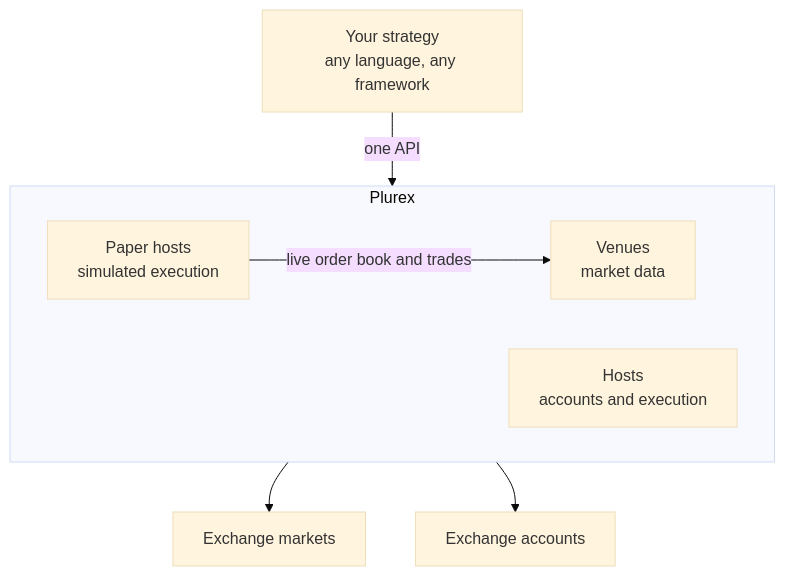
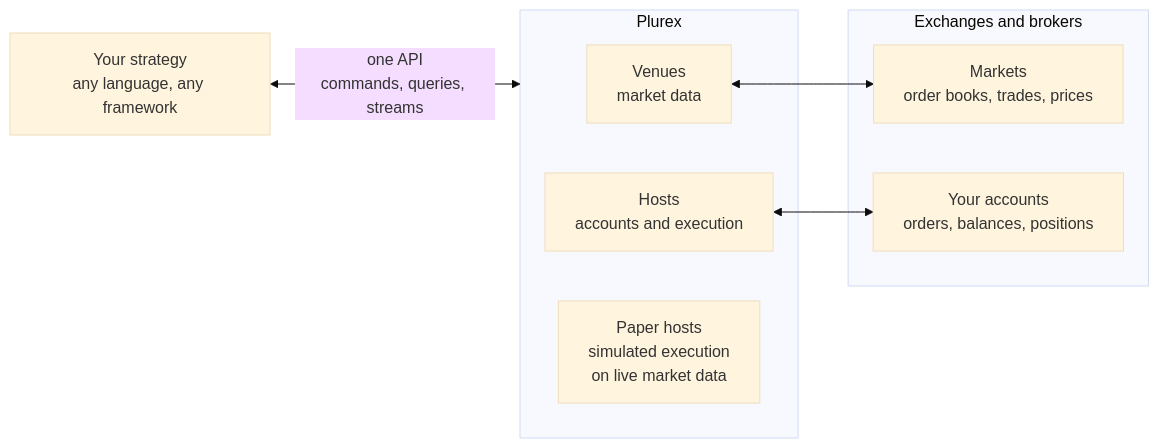
One commit to Plurex/docs changed the diagram in how-plurex-works.mdx. Above: the diagram before and after it, drawn with Mermaid (base theme). The commit also changed other lines of this file and 11 other files, not shown here.

First line of the commit message:
Sharpen the welcome message and explain commands, queries and streams

````diff
--- a/how-plurex-works.mdx
+++ b/how-plurex-works.mdx
@@ -8,13 +8,15 @@
 ```mermaid
-flowchart TB
-    S["Your strategy<br/>any language, any framework"] -->|one API| P
+flowchart LR
+    S["Your strategy<br/>any language, any framework"] <-->|"one API<br/>commands, queries, streams"| P
     subgraph P["Plurex"]
-        direction LR
         V["Venues<br/>market data"]
         H["Hosts<br/>accounts and execution"]
-        PH["Paper hosts<br/>simulated execution"]
+        PH["Paper hosts<br/>simulated execution<br/>on live market data"]
     end
-    V --> X1["Exchange markets"]
-    H --> X2["Exchange accounts"]
-    PH -->|live order book and trades| V
+    subgraph X["Exchanges and brokers"]
+        M["Markets<br/>order books, trades, prices"]
+        A["Your accounts<br/>orders, balances, positions"]
+    end
+    V <--> M
+    H <--> A
 ```
````
